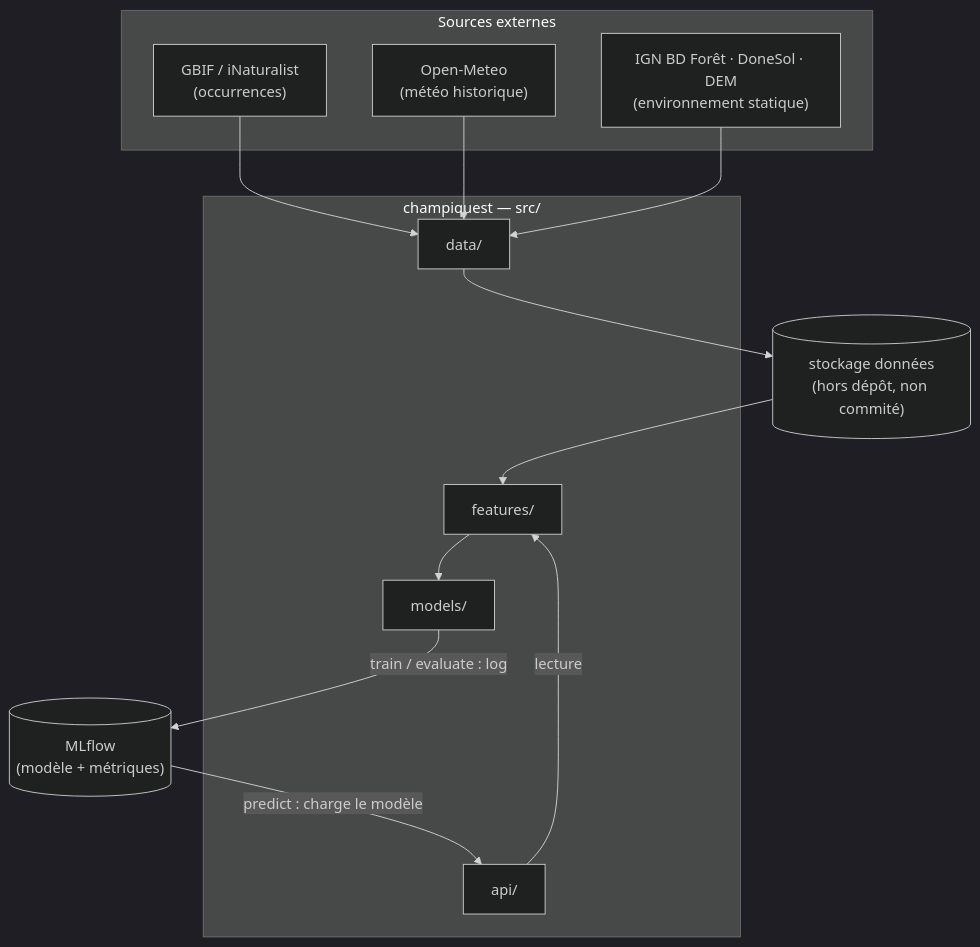
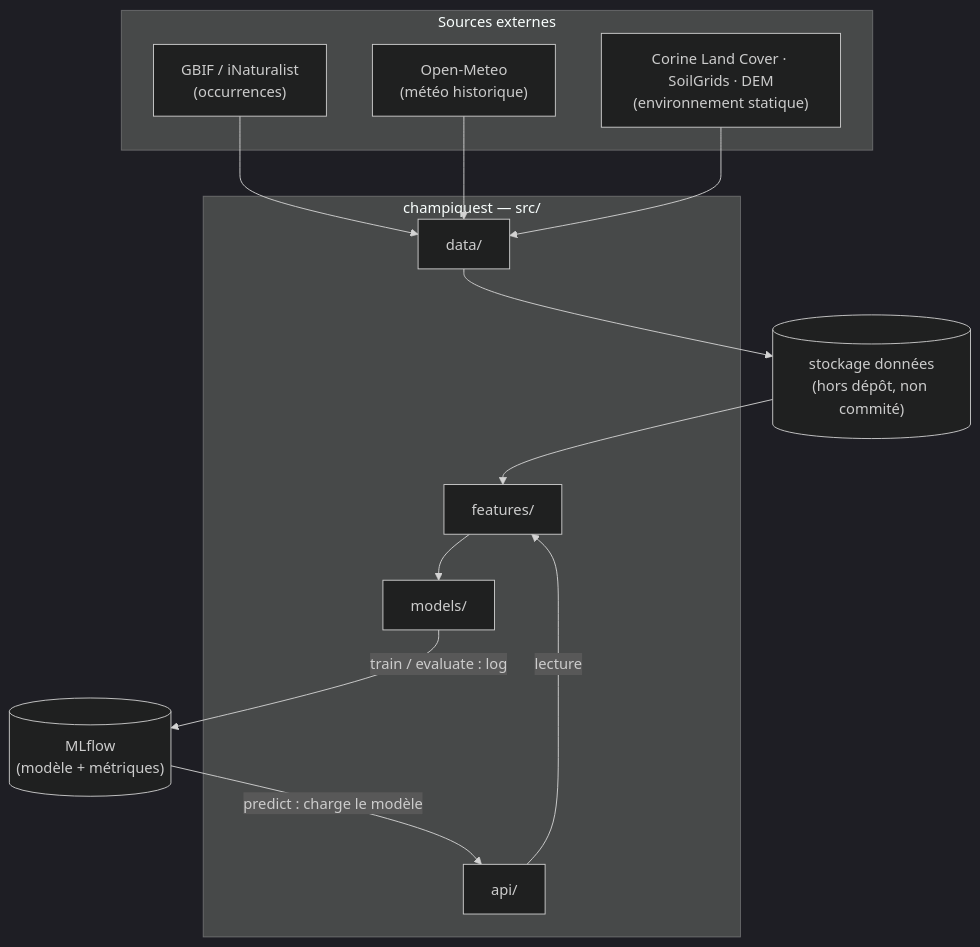
The first of 3 diagrams in reports/architecture.md (Apinsun/ChampiQuest), drawn with Mermaid (dark theme) before and after one commit. The commit also changed other lines of this file and 12 other files, not shown here.

````diff
--- a/reports/architecture.md
+++ b/reports/architecture.md
@@ -20,28 +20,28 @@
 ```mermaid
 flowchart TB
     subgraph EXT["Sources externes"]
         GBIF["GBIF / iNaturalist<br/>(occurrences)"]
         OM["Open-Meteo<br/>(météo historique)"]
-        ENV["IGN BD Forêt · DoneSol · DEM<br/>(environnement statique)"]
+        ENV["Corine Land Cover · SoilGrids · DEM<br/>(environnement statique)"]
     end
 
     subgraph PKG["champiquest — src/"]
         DATA["data/"]
         FEAT["features/"]
         MODEL["models/"]
         API["api/"]
     end
 
     RAW[("stockage données<br/>(hors dépôt, non commité)")]
     MLF[("MLflow<br/>(modèle + métriques)")]
 
     GBIF --> DATA
     OM --> DATA
     ENV --> DATA
     DATA --> RAW
     RAW --> FEAT
     FEAT --> MODEL
     MODEL -->|"train / evaluate : log"| MLF
     MLF -->|"predict : charge le modèle"| API
     API -->|"lecture"| FEAT
 ```
````
